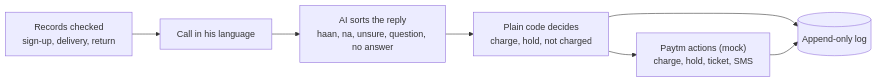
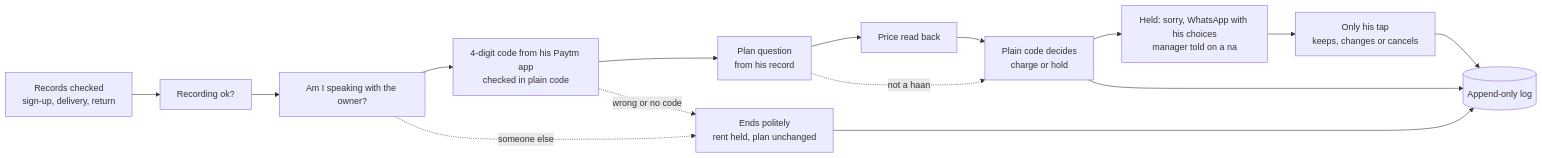
The diagram in README.md (vyagh/paytm-soundbox-settled), drawn with Mermaid before and after one commit. The commit also changed other lines of this file, not shown here.

Commit message:
readme: the v2 call, money rules and bench

````diff
--- a/README.md
+++ b/README.md
@@ -17,9 +19,17 @@
 ```mermaid
 flowchart LR
-    A["Records checked<br/>sign-up, delivery, return"] --> B["Call in his language"]
-    B --> C["AI sorts the reply<br/>haan, na, unsure, question, no answer"]
-    C --> D["Plain code decides<br/>charge, hold, not charged"]
-    D --> E["Paytm actions (mock)<br/>charge, hold, ticket, SMS"]
-    D --> F[("Append-only log")]
-    E --> F
+    A["Records checked<br/>sign-up, delivery, return"] --> B["Recording ok?"]
+    B --> C["Am I speaking with the owner?"]
+    C --> D["4-digit code from his Paytm app<br/>checked in plain code"]
+    D --> E["Plan question<br/>from his record"]
+    E --> F["Price read back"]
+    F --> G["Plain code decides<br/>charge or hold"]
+    E -. not a haan .-> G
+    C -. someone else .-> X["Ends politely<br/>rent held, plan unchanged"]
+    D -. wrong or no code .-> X
+    G --> H["Held: sorry, WhatsApp with his choices<br/>manager told on a na"]
+    H --> I["Only his tap<br/>keeps, changes or cancels"]
+    G --> L[("Append-only log")]
+    X --> L
+    I --> L
 ```
````
